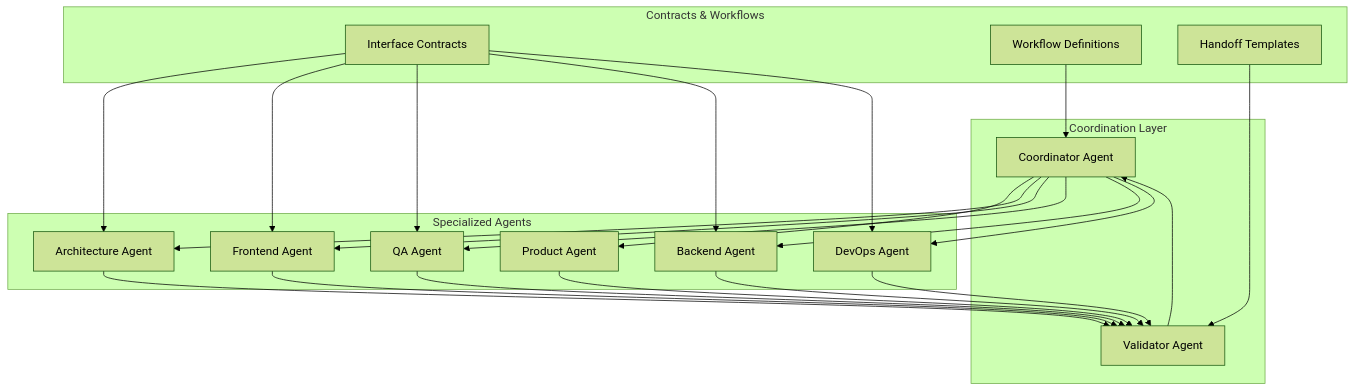
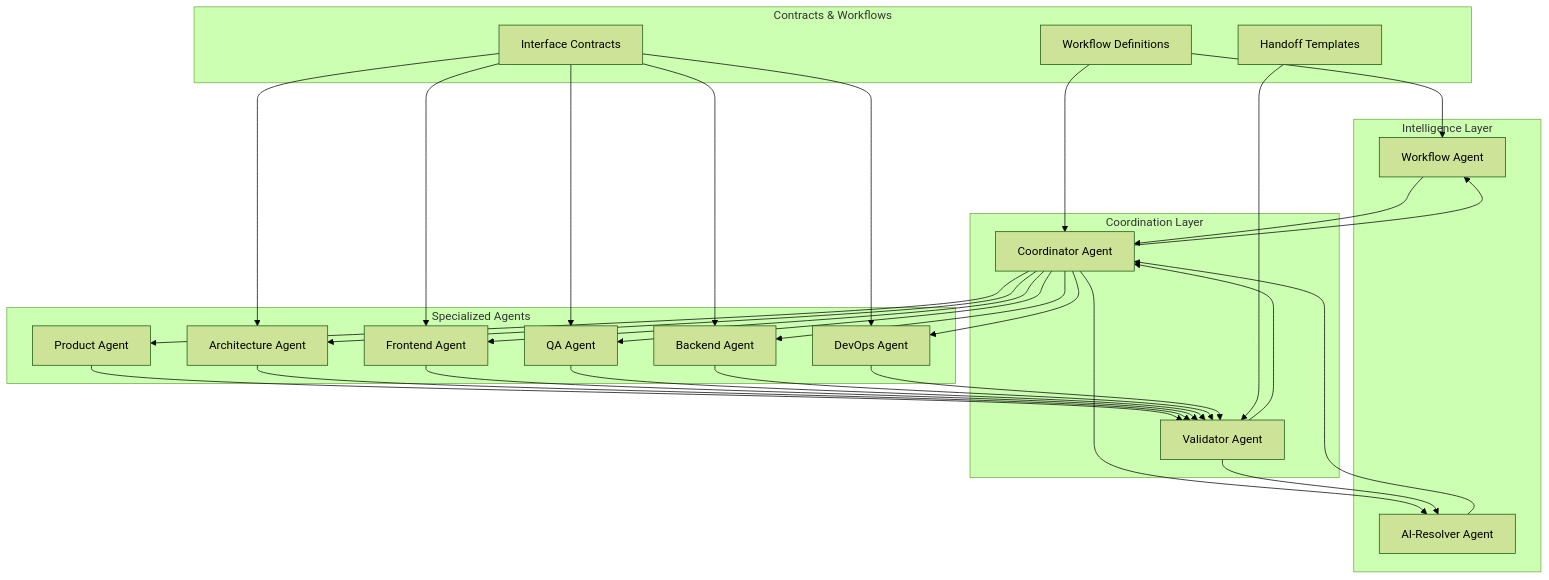
The diagram in .claude/agents/README.md (kevinarauz/proyecto-react), drawn with Mermaid (forest theme) before and after one commit. The commit also changed other lines of this file and 3 other files, not shown here.

````diff
--- a/.claude/agents/README.md
+++ b/.claude/agents/README.md
@@ -18,47 +20,59 @@
 ```mermaid
 graph TB
+    subgraph "Intelligence Layer"
+        WORKFLOW[Workflow Agent]
+        AIRESOLVER[AI-Resolver Agent]
+    end
+    
     subgraph "Coordination Layer"
         COORD[Coordinator Agent]
         VAL[Validator Agent]
     end
     
     subgraph "Specialized Agents"
         PRODUCT[Product Agent]
         ARQ[Architecture Agent]
         FRONT[Frontend Agent] 
         QA[QA Agent]
         BACKEND[Backend Agent]
         DEVOPS[DevOps Agent]
     end
     
     subgraph "Contracts & Workflows"
         CONTRACTS[Interface Contracts]
         WORKFLOWS[Workflow Definitions]
         HANDOFFS[Handoff Templates]
     end
     
+    WORKFLOW --> COORD
+    AIRESOLVER --> COORD
+    COORD --> WORKFLOW
+    COORD --> AIRESOLVER
+    
     COORD --> PRODUCT
     COORD --> ARQ
     COORD --> FRONT
     COORD --> QA
     COORD --> BACKEND
     COORD --> DEVOPS
     
     PRODUCT --> VAL
     ARQ --> VAL
     FRONT --> VAL
     QA --> VAL
     BACKEND --> VAL
     DEVOPS --> VAL
     
     VAL --> COORD
+    VAL --> AIRESOLVER
     
     CONTRACTS --> ARQ
     CONTRACTS --> FRONT
     CONTRACTS --> QA
     CONTRACTS --> BACKEND
     CONTRACTS --> DEVOPS
     
     WORKFLOWS --> COORD
+    WORKFLOWS --> WORKFLOW
     HANDOFFS --> VAL
 ```
````
